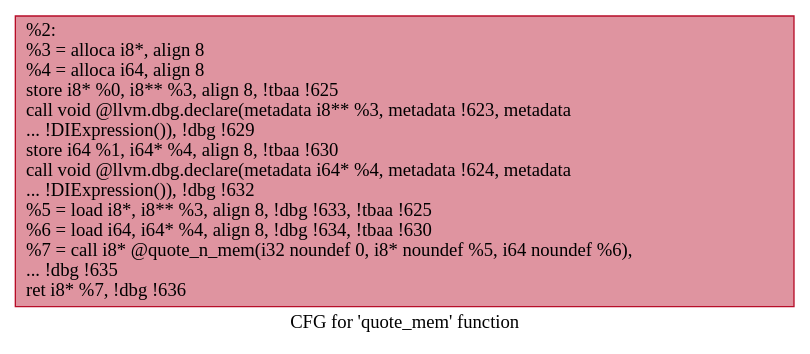
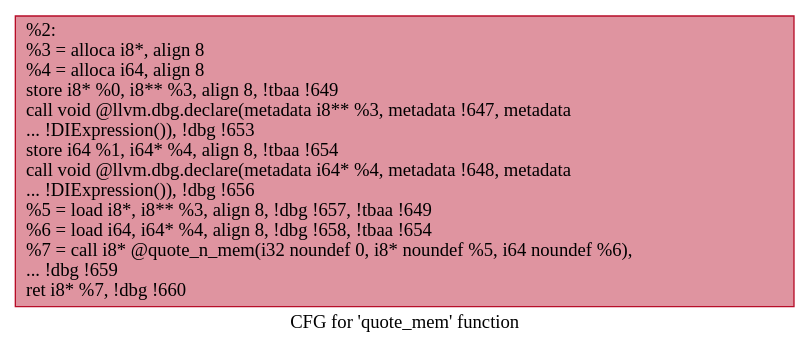
Before and after one commit to hmc-alpaqa/metrinome: the diagram in src/experiments/coreutils/.quote_mem.dot, drawn with Graphviz. The commit also changed 118 other files, not shown here.

```diff
--- a/src/experiments/coreutils/.quote_mem.dot
+++ b/src/experiments/coreutils/.quote_mem.dot
@@ -1,5 +1,5 @@
 digraph "CFG for 'quote_mem' function" {
 	label="CFG for 'quote_mem' function";
 
-	Node0x1d39c60 [shape=record,color="#b70d28ff", style=filled, fillcolor="#b70d2870",label="{%2:\l  %3 = alloca i8*, align 8\l  %4 = alloca i64, align 8\l  store i8* %0, i8** %3, align 8, !tbaa !625\l  call void @llvm.dbg.declare(metadata i8** %3, metadata !623, metadata\l... !DIExpression()), !dbg !629\l  store i64 %1, i64* %4, align 8, !tbaa !630\l  call void @llvm.dbg.declare(metadata i64* %4, metadata !624, metadata\l... !DIExpression()), !dbg !632\l  %5 = load i8*, i8** %3, align 8, !dbg !633, !tbaa !625\l  %6 = load i64, i64* %4, align 8, !dbg !634, !tbaa !630\l  %7 = call i8* @quote_n_mem(i32 noundef 0, i8* noundef %5, i64 noundef %6),\l... !dbg !635\l  ret i8* %7, !dbg !636\l}"];
+	Node0x262c5c0 [shape=record,color="#b70d28ff", style=filled, fillcolor="#b70d2870",label="{%2:\l  %3 = alloca i8*, align 8\l  %4 = alloca i64, align 8\l  store i8* %0, i8** %3, align 8, !tbaa !649\l  call void @llvm.dbg.declare(metadata i8** %3, metadata !647, metadata\l... !DIExpression()), !dbg !653\l  store i64 %1, i64* %4, align 8, !tbaa !654\l  call void @llvm.dbg.declare(metadata i64* %4, metadata !648, metadata\l... !DIExpression()), !dbg !656\l  %5 = load i8*, i8** %3, align 8, !dbg !657, !tbaa !649\l  %6 = load i64, i64* %4, align 8, !dbg !658, !tbaa !654\l  %7 = call i8* @quote_n_mem(i32 noundef 0, i8* noundef %5, i64 noundef %6),\l... !dbg !659\l  ret i8* %7, !dbg !660\l}"];
 }
```
